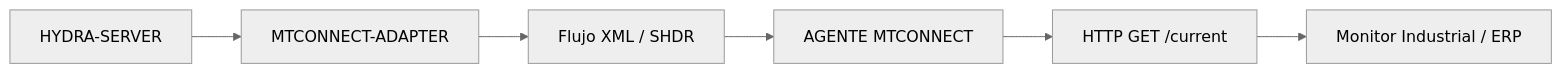
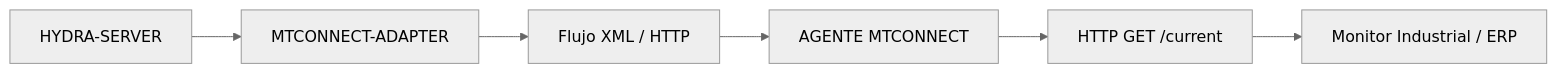
The diagram in README_spa.md (JuanenRac/HYDRA-UMC-MTCONNECT-ADAPTER), drawn with Mermaid (neutral theme) before and after one commit. The commit also changed other lines of this file and 10 other files, not shown here.

````diff
--- a/README_spa.md
+++ b/README_spa.md
@@ -37,8 +37,8 @@
 ```mermaid
 flowchart LR
     HYDRA["HYDRA-SERVER"] --> ADAP["MTCONNECT-ADAPTER"]
-    ADAP --> XML["Flujo XML / SHDR"]
+    ADAP --> XML["Flujo XML / HTTP"]
     XML --> AGENT["AGENTE MTCONNECT"]
     AGENT --> HTTP["HTTP GET /current"]
     HTTP --> MONITOR["Monitor Industrial / ERP"]
 ```
````
